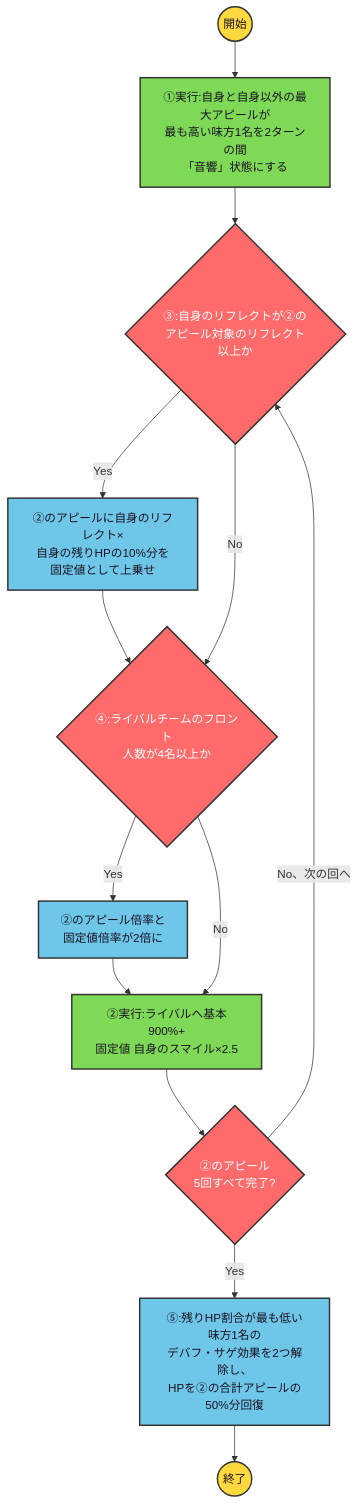
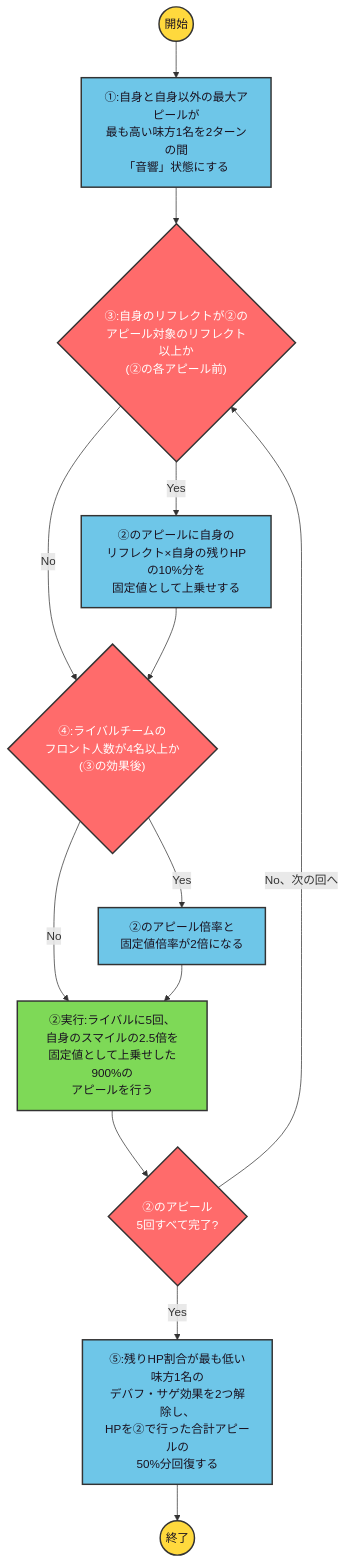
Before and after one commit to ryomochi0918/nogifra-characters: the diagram in data/kawasaki_sakura/13thbasura_c_skill2.mmd, drawn with Mermaid. The commit also changed 763 other files, not shown here.

```diff
--- a/data/kawasaki_sakura/13thbasura_c_skill2.mmd
+++ b/data/kawasaki_sakura/13thbasura_c_skill2.mmd
@@ -1,16 +1,18 @@
 flowchart TD
     classDef startend fill:#FFD93D,stroke:#333,stroke-width:2px,color:#1a1220;
     classDef cond fill:#FF6B6B,stroke:#333,stroke-width:2px,color:#ffffff;
     classDef effect fill:#6EC6E8,stroke:#333,stroke-width:2px,color:#1a1220;
     classDef action fill:#7ED957,stroke:#333,stroke-width:2px,color:#1a1220;
 
-    start(("開始")):::startend --> a1["①実行:自身と自身以外の最大アピールが<br/>最も高い味方1名を2ターンの間<br/>「音響」状態にする"]:::action
-    a1 --> c3{"③:自身のリフレクトが②の<br/>アピール対象のリフレクト以上か"}:::cond
-    c3 -->|"Yes"| e3["②のアピールに自身のリフレクト×<br/>自身の残りHPの10%分を<br/>固定値として上乗せ"]:::effect --> c4
-    c3 -->|"No"| c4{"④:ライバルチームのフロント<br/>人数が4名以上か"}:::cond
-    c4 -->|"Yes"| e4["②のアピール倍率と<br/>固定値倍率が2倍に"]:::effect --> a2
-    c4 -->|"No"| a2["②実行:ライバルへ基本900%+<br/>固定値 自身のスマイル×2.5"]:::action
+    start(("開始")):::startend --> e1["①:自身と自身以外の最大アピールが<br/>最も高い味方1名を2ターンの間<br/>「音響」状態にする"]:::effect
+    e1 --> c3{"③:自身のリフレクトが②の<br/>アピール対象のリフレクト以上か<br/>(②の各アピール前)"}:::cond
+    c3 -->|"Yes"| e3["②のアピールに自身の<br/>リフレクト×自身の残りHPの10%分を<br/>固定値として上乗せする"]:::effect
+    c3 -->|"No"| c4{"④:ライバルチームの<br/>フロント人数が4名以上か<br/>(③の効果後)"}:::cond
+    e3 --> c4
+    c4 -->|"Yes"| e4["②のアピール倍率と<br/>固定値倍率が2倍になる"]:::effect
+    c4 -->|"No"| a2["②実行:ライバルに5回、<br/>自身のスマイルの2.5倍を<br/>固定値として上乗せした900%の<br/>アピールを行う"]:::action
+    e4 --> a2
     a2 --> lc2{"②のアピール<br/>5回すべて完了?"}:::cond
+    lc2 -->|"Yes"| e5["⑤:残りHP割合が最も低い味方1名の<br/>デバフ・サゲ効果を2つ解除し、<br/>HPを②で行った合計アピールの<br/>50%分回復する"]:::effect
     lc2 -->|"No、次の回へ"| c3
-    lc2 -->|"Yes"| e5["⑤:残りHP割合が最も低い味方1名の<br/>デバフ・サゲ効果を2つ解除し、<br/>HPを②の合計アピールの50%分回復"]:::effect
     e5 --> finish(("終了")):::startend
```
